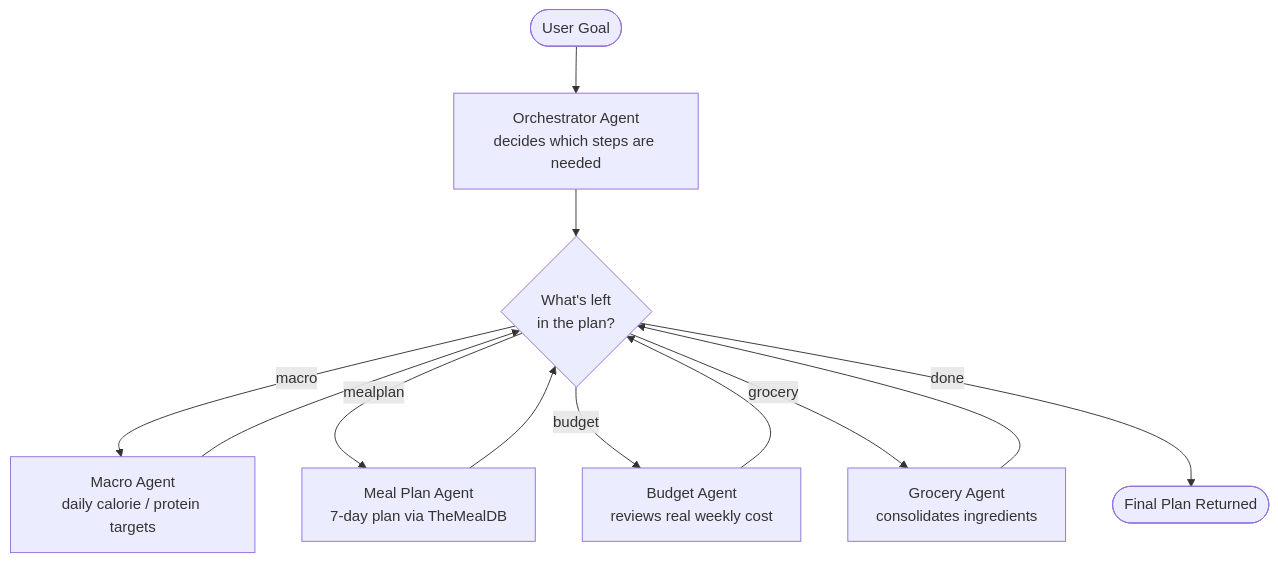
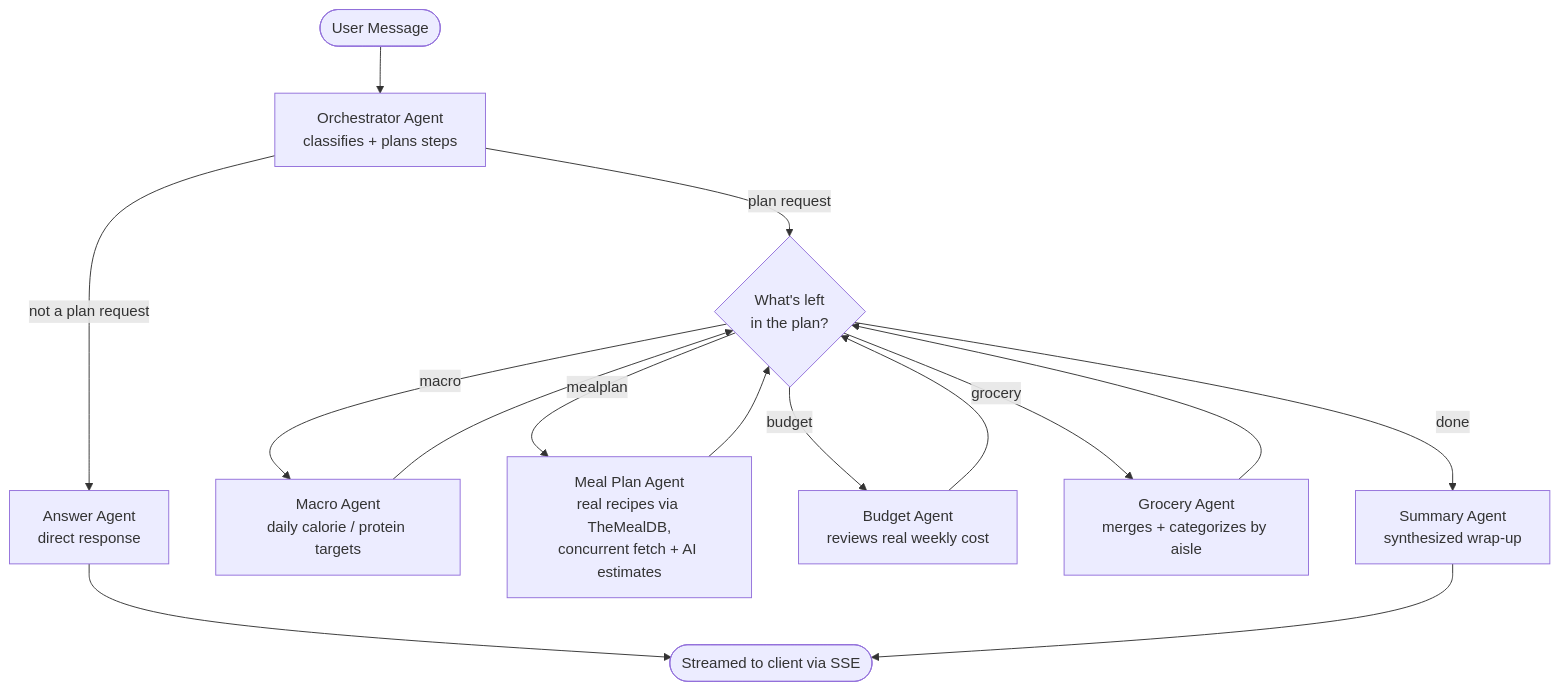
One commit to shabana-qasemi/Prep-Agent changed the diagram in README.md. Above: the diagram before and after it, drawn with Mermaid. The commit also changed other lines of this file, not shown here.

````diff
--- a/README.md
+++ b/README.md
@@ -11,14 +19,17 @@
 ```mermaid
 flowchart TD
-    START(["User Goal"]) --> ORCH["Orchestrator Agent<br/>decides which steps are needed"]
-    ORCH --> ROUTER{"What's left<br/>in the plan?"}
+    START(["User Message"]) --> ORCH["Orchestrator Agent<br/>classifies + plans steps"]
+    ORCH -->|not a plan request| ANSWER["Answer Agent<br/>direct response"]
+    ORCH -->|plan request| ROUTER{"What's left<br/>in the plan?"}
     ROUTER -->|macro| MACRO["Macro Agent<br/>daily calorie / protein targets"]
-    ROUTER -->|mealplan| MEALPLAN["Meal Plan Agent<br/>7-day plan via TheMealDB"]
+    ROUTER -->|mealplan| MEALPLAN["Meal Plan Agent<br/>real recipes via TheMealDB,<br/>concurrent fetch + AI estimates"]
     ROUTER -->|budget| BUDGET["Budget Agent<br/>reviews real weekly cost"]
-    ROUTER -->|grocery| GROCERY["Grocery Agent<br/>consolidates ingredients"]
-    ROUTER -->|done| DONE(["Final Plan Returned"])
+    ROUTER -->|grocery| GROCERY["Grocery Agent<br/>merges + categorizes by aisle"]
+    ROUTER -->|done| SUMMARY["Summary Agent<br/>synthesized wrap-up"]
     MACRO --> ROUTER
     MEALPLAN --> ROUTER
     BUDGET --> ROUTER
     GROCERY --> ROUTER
+    ANSWER --> DONE(["Streamed to client via SSE"])
+    SUMMARY --> DONE
 ```
````
